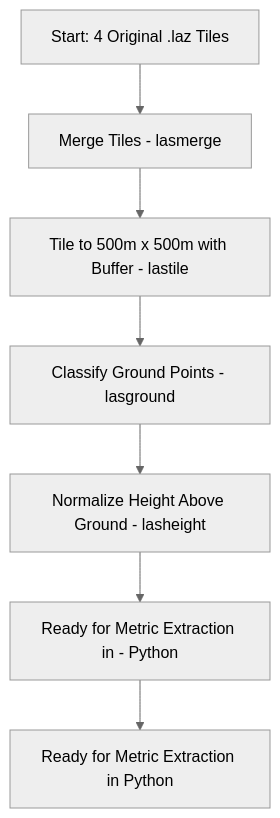
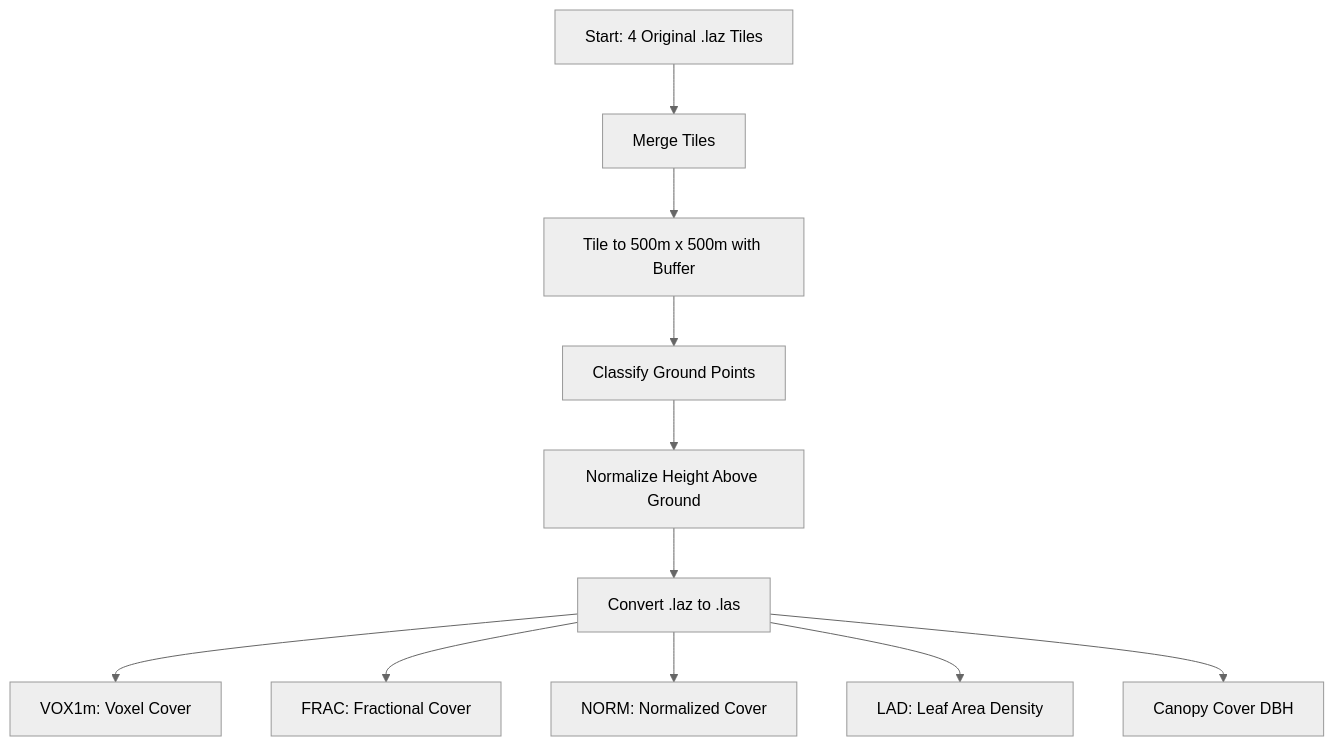
The diagram in README.md (jarencecasisirano/taal-lidar-understory), drawn with Mermaid (neutral theme) before and after one commit. The commit also changed other lines of this file, not shown here.

````diff
--- a/README.md
+++ b/README.md
@@ -66,9 +72,13 @@
 ```mermaid
 graph TD
-  A[Start: 4 Original .laz Tiles] --> B[Merge Tiles - lasmerge]
-  B --> C[Tile to 500m x 500m with Buffer - lastile]
-  C --> D[Classify Ground Points - lasground]
-  D --> E[Normalize Height Above Ground - lasheight]
-  E --> F[Ready for Metric Extraction in - Python]
-  F --> G[Ready for Metric Extraction in Python]
+  A[Start: 4 Original .laz Tiles] --> B[Merge Tiles ]
+  B --> C[Tile to 500m x 500m with Buffer ]
+  C --> D[Classify Ground Points ]
+  D --> E[Normalize Height Above Ground ]
+  E --> F[Convert .laz to .las ]
+  F --> G[VOX1m: Voxel Cover ]
+  F --> H[FRAC: Fractional Cover ]
+  F --> I[NORM: Normalized Cover ]
+  F --> J[LAD: Leaf Area Density ]
+  F --> K[Canopy Cover DBH ]
 ```
````
